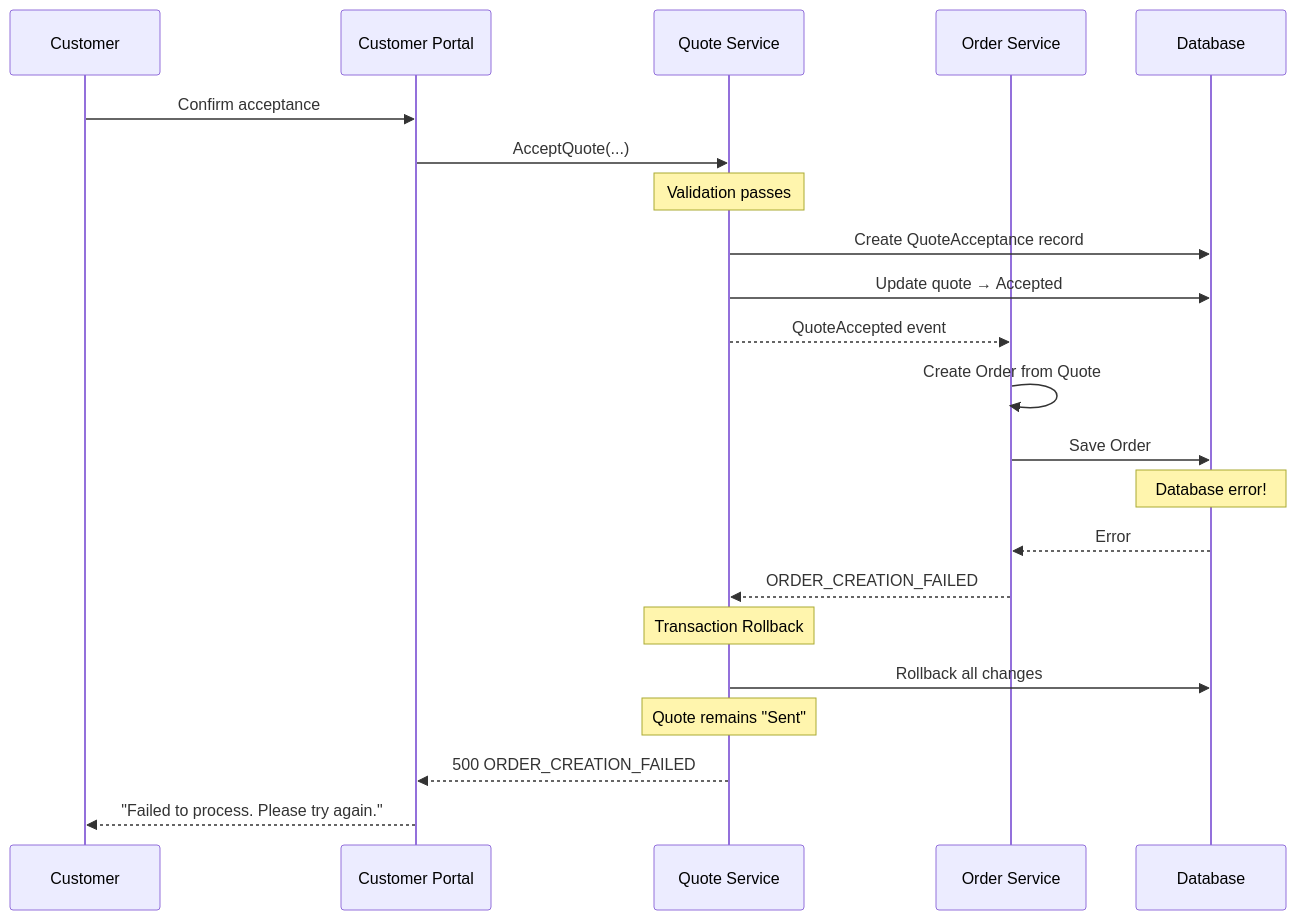
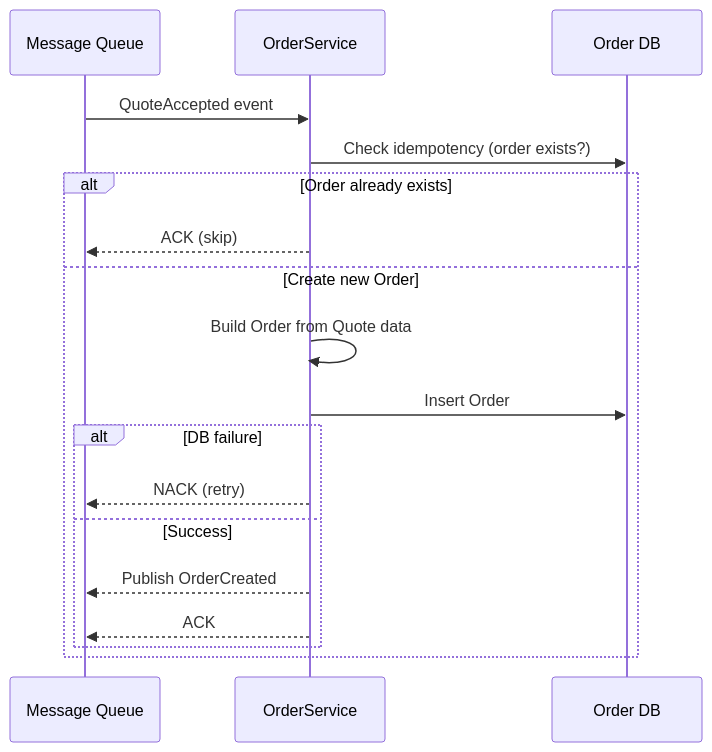
One commit to ikadar/loom-project changed the third of 4 diagrams in poc/output/sequence-design.md. Above: the diagram before and after it, drawn with Mermaid. The commit also changed other lines of this file and 1 other file, not shown here.

````diff
--- a/poc/output/sequence-design.md
+++ b/poc/output/sequence-design.md
@@ -217,30 +234,23 @@
 ```mermaid
 sequenceDiagram
-    participant C as Customer
-    participant Portal as Customer Portal
-    participant QS as Quote Service
-    participant OS as Order Service
-    participant DB as Database
+    participant MQ as Message Queue
+    participant OS as OrderService
+    participant DB as Order DB
 
-    C->>Portal: Confirm acceptance
-    Portal->>QS: AcceptQuote(...)
+    MQ->>OS: QuoteAccepted event
+    OS->>DB: Check idempotency (order exists?)
 
-    Note over QS: Validation passes
-    QS->>DB: Create QuoteAcceptance record
-    QS->>DB: Update quote → Accepted
+    alt Order already exists
+        OS-->>MQ: ACK (skip)
+    else Create new Order
+        OS->>OS: Build Order from Quote data
+        OS->>DB: Insert Order
 
-    QS-->>OS: QuoteAccepted event
-    OS->>OS: Create Order from Quote
-    OS->>DB: Save Order
-
-    Note over DB: Database error!
-    DB-->>OS: Error
-    OS-->>QS: ORDER_CREATION_FAILED
-
-    Note over QS: Transaction Rollback
-    QS->>DB: Rollback all changes
-    Note over QS: Quote remains "Sent"
-
-    QS-->>Portal: 500 ORDER_CREATION_FAILED
-    Portal-->>C: "Failed to process. Please try again."
+        alt DB failure
+            OS-->>MQ: NACK (retry)
+        else Success
+            OS-->>MQ: Publish OrderCreated
+            OS-->>MQ: ACK
+        end
+    end
 ```
````
